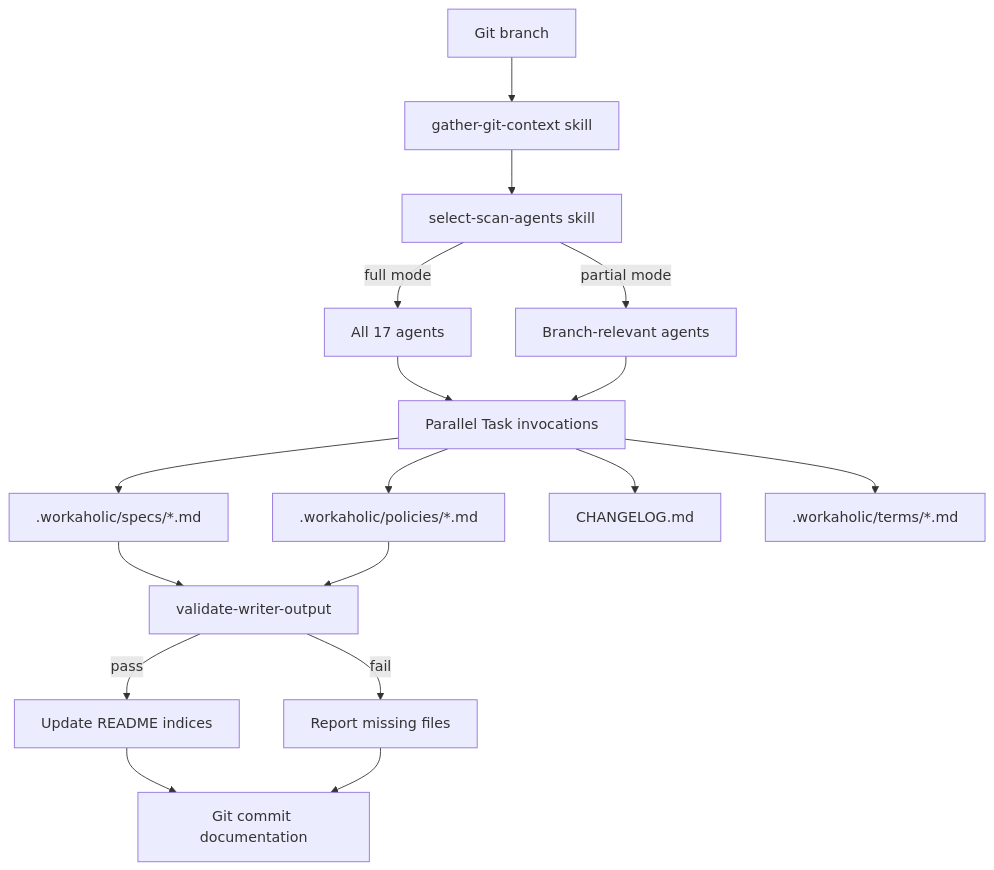
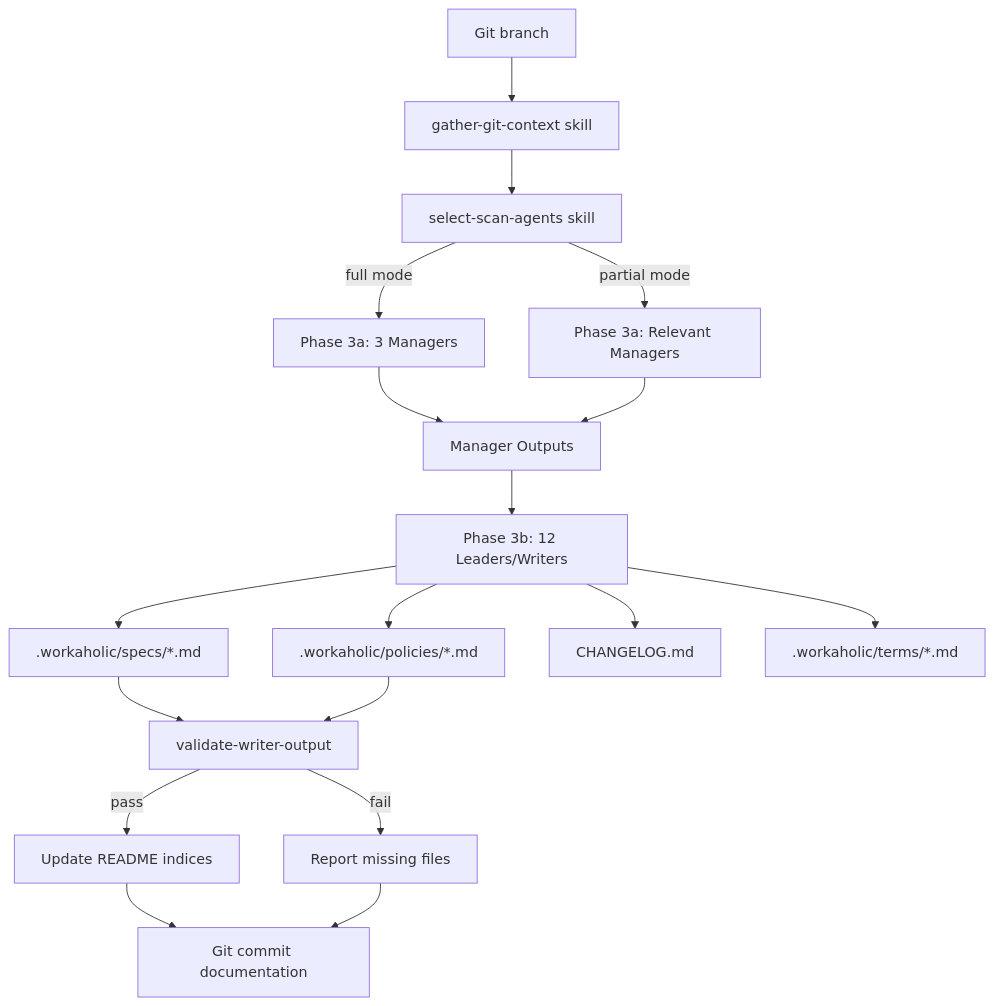
Before and after one commit to qmu/workaholic: the eighth of 9 diagrams in .workaholic/specs/application.md, drawn with Mermaid. The commit also changed other lines of this file and 36 other files, not shown here.

````diff
--- a/.workaholic/specs/application.md
+++ b/.workaholic/specs/application.md
@@ -236,25 +313,27 @@
 ```mermaid
 flowchart TD
     Branch[Git branch] --> Context[gather-git-context skill]
     Context --> Select[select-scan-agents skill]
 
-    Select -->|full mode| All[All 17 agents]
-    Select -->|partial mode| Relevant[Branch-relevant agents]
+    Select -->|full mode| Phase3a[Phase 3a: 3 Managers]
+    Select -->|partial mode| Phase3aPartial[Phase 3a: Relevant Managers]
 
-    All --> Invoke[Parallel Task invocations]
-    Relevant --> Invoke
+    Phase3a --> ManagerOutputs[Manager Outputs]
+    Phase3aPartial --> ManagerOutputs
 
-    Invoke --> Specs[.workaholic/specs/*.md]
-    Invoke --> Policies[.workaholic/policies/*.md]
-    Invoke --> Changelog[CHANGELOG.md]
-    Invoke --> Terms[.workaholic/terms/*.md]
+    ManagerOutputs --> Phase3b[Phase 3b: 12 Leaders/Writers]
+
+    Phase3b --> Specs[.workaholic/specs/*.md]
+    Phase3b --> Policies[.workaholic/policies/*.md]
+    Phase3b --> Changelog[CHANGELOG.md]
+    Phase3b --> Terms[.workaholic/terms/*.md]
 
     Specs --> Validate[validate-writer-output]
     Policies --> Validate
 
     Validate -->|pass| Index[Update README indices]
     Validate -->|fail| Report[Report missing files]
 
     Index --> DocCommit[Git commit documentation]
     Report --> DocCommit
 ```
````
